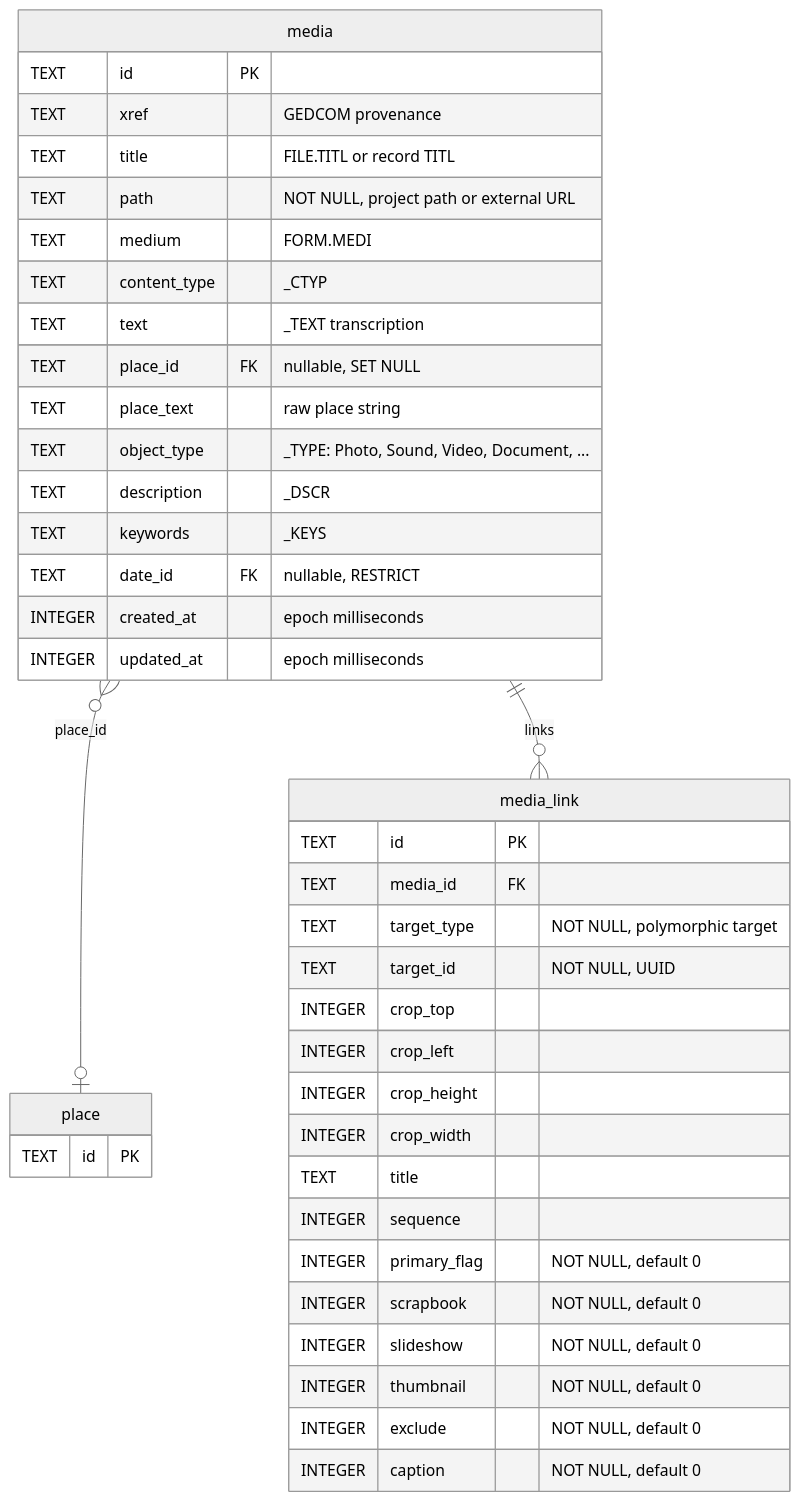
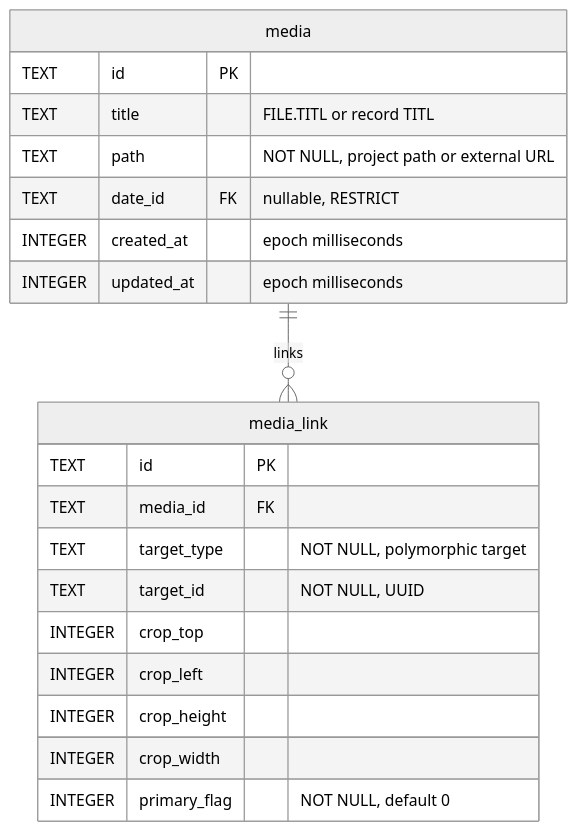
The ninth of 12 diagrams in docs/db-schema.md (borisovodov/doru), drawn with Mermaid (neutral theme) before and after one commit. The commit also changed other lines of this file and 80 other files, not shown here.

First line of the commit message:
Trim media metadata and stop storing GEDCOM xrefs

````diff
--- a/docs/db-schema.md
+++ b/docs/db-schema.md
@@ -735,46 +729,25 @@
 ```mermaid
 erDiagram
-    media }o--o| place : "place_id"
     media ||--o{ media_link : "links"
 
     media {
         TEXT id PK
-        TEXT xref "GEDCOM provenance"
         TEXT title "FILE.TITL or record TITL"
         TEXT path "NOT NULL, project path or external URL"
-        TEXT medium "FORM.MEDI"
-        TEXT content_type "_CTYP"
-        TEXT text "_TEXT transcription"
-        TEXT place_id FK "nullable, SET NULL"
-        TEXT place_text "raw place string"
-        TEXT object_type "_TYPE: Photo, Sound, Video, Document, ..."
-        TEXT description "_DSCR"
-        TEXT keywords "_KEYS"
         TEXT date_id FK "nullable, RESTRICT"
         INTEGER created_at "epoch milliseconds"
         INTEGER updated_at "epoch milliseconds"
     }
 
     media_link {
         TEXT id PK
         TEXT media_id FK
         TEXT target_type "NOT NULL, polymorphic target"
         TEXT target_id "NOT NULL, UUID"
         INTEGER crop_top
         INTEGER crop_left
         INTEGER crop_height
         INTEGER crop_width
-        TEXT title
-        INTEGER sequence
         INTEGER primary_flag "NOT NULL, default 0"
-        INTEGER scrapbook "NOT NULL, default 0"
-        INTEGER slideshow "NOT NULL, default 0"
-        INTEGER thumbnail "NOT NULL, default 0"
-        INTEGER exclude "NOT NULL, default 0"
-        INTEGER caption "NOT NULL, default 0"
-    }
-
-    place {
-        TEXT id PK
     }
 ```
````
